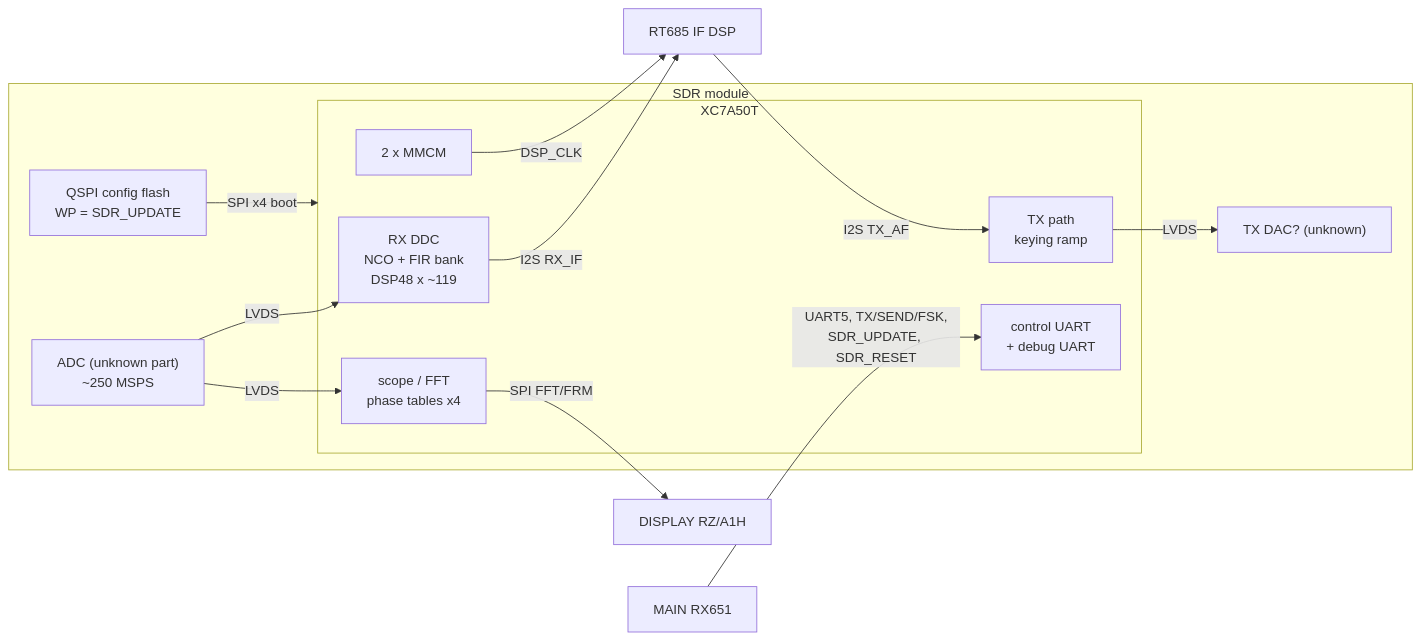
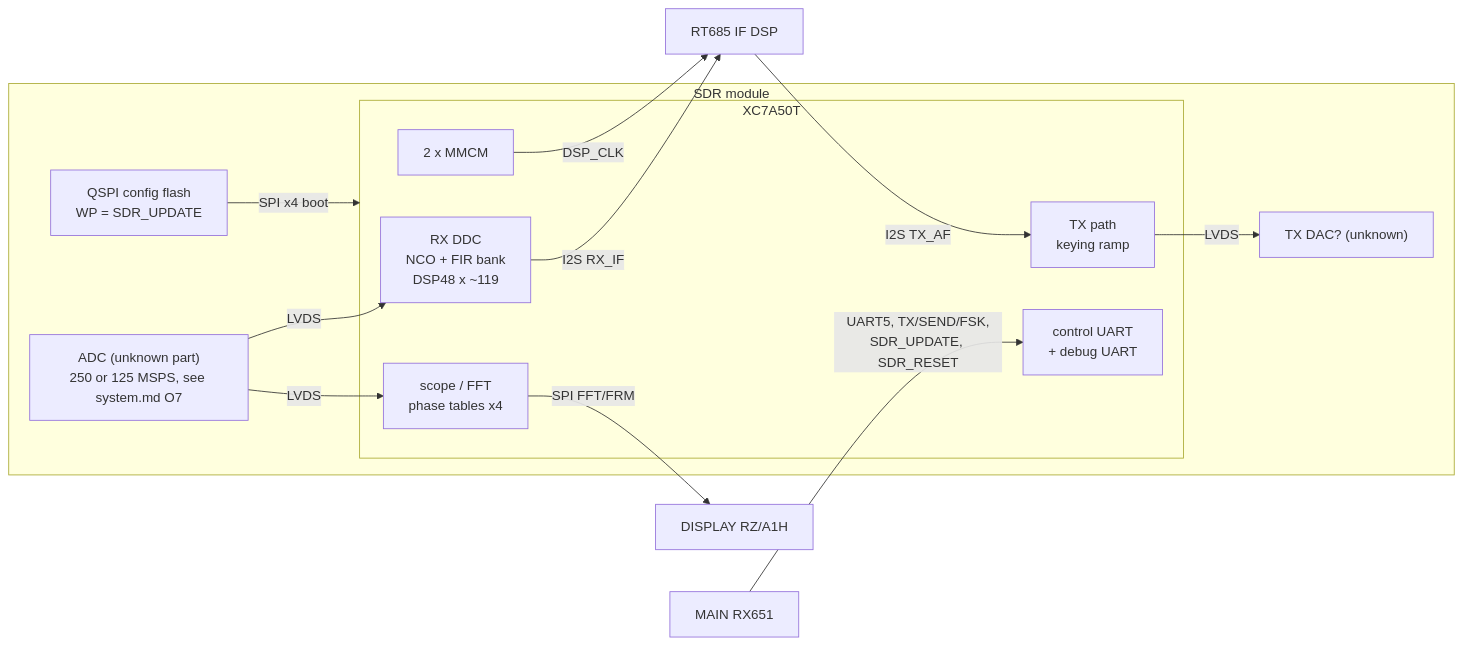
Before and after one commit to Reid-n0rc/FT-710_Firmware: the first of 2 diagrams in docs/code/sdr/README.md, drawn with Mermaid. The commit also changed other lines of this file and 8 other files, not shown here.

````diff
--- a/docs/code/sdr/README.md
+++ b/docs/code/sdr/README.md
@@ -43,24 +43,24 @@
 ```mermaid
 flowchart LR
   subgraph MOD["SDR module"]
-    ADC["ADC (unknown part)<br/>~250 MSPS"]
+    ADC["ADC (unknown part)<br/>250 or 125 MSPS, see system.md O7"]
     Q["QSPI config flash<br/>WP = SDR_UPDATE"]
     subgraph F["XC7A50T"]
       DDC["RX DDC<br/>NCO + FIR bank<br/>DSP48 x ~119"]
       SC["scope / FFT<br/>phase tables x4"]
       TX["TX path<br/>keying ramp"]
       CR["control UART<br/>+ debug UART"]
       CK["2 x MMCM"]
     end
     DAC["TX DAC? (unknown)"]
   end
   ADC -- LVDS --> DDC
   ADC -- LVDS --> SC
   TX -- LVDS --> DAC
   Q -- "SPI x4 boot" --> F
   DDC -- "I2S RX_IF" --> RT["RT685 IF DSP"]
   RT -- "I2S TX_AF" --> TX
   CK -- DSP_CLK --> RT
   SC -- "SPI FFT/FRM" --> DI["DISPLAY RZ/A1H"]
   MA["MAIN RX651"] -- "UART5, TX/SEND/FSK,<br/>SDR_UPDATE, SDR_RESET" --> CR
 ```
````
